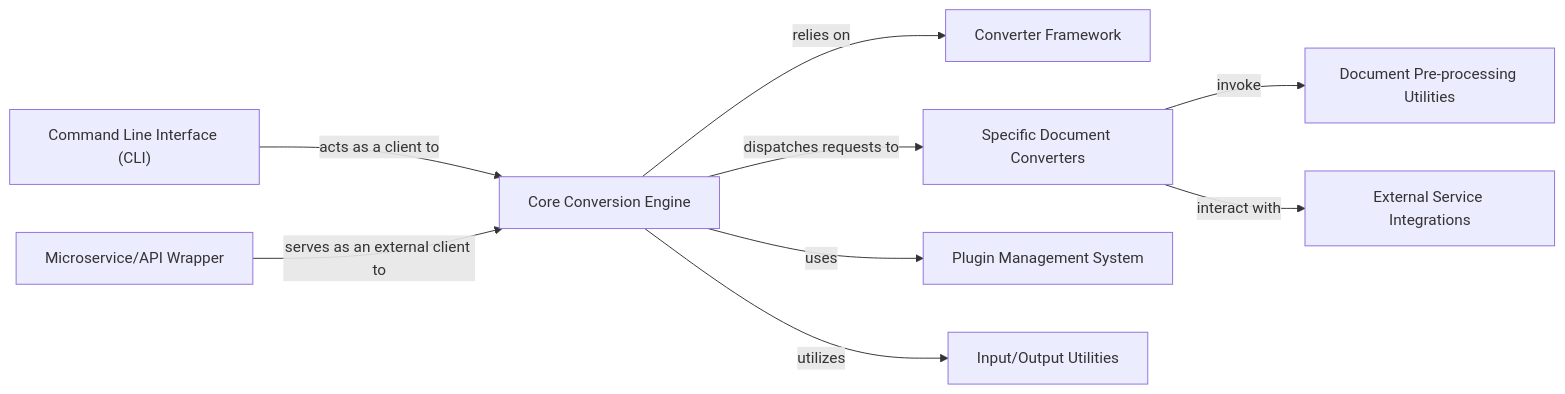
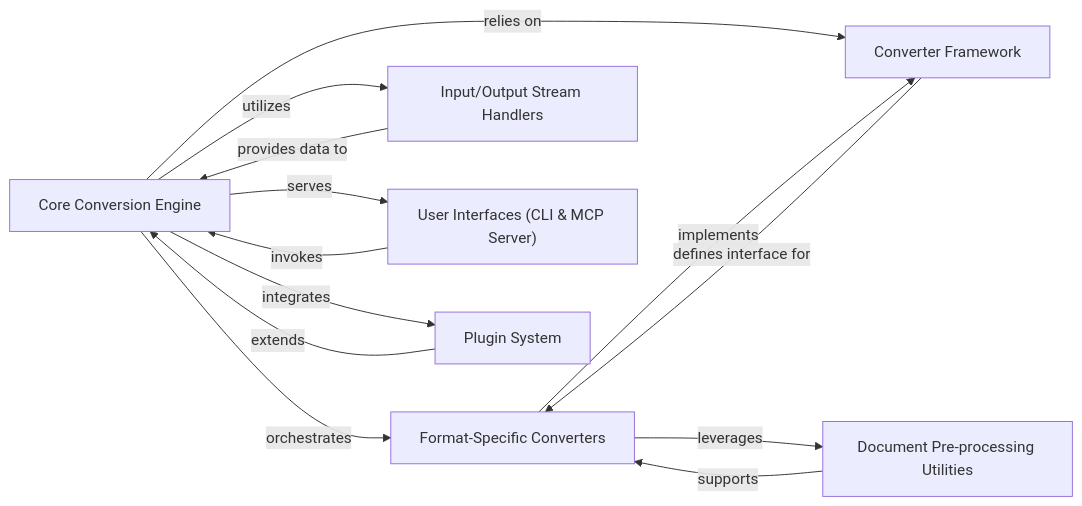
Before and after one commit to CodeBoarding/GeneratedOnBoardings: the diagram in markitdown/on_boarding.md, drawn with Mermaid. The commit also changed other lines of this file and 7 other files, not shown here.

````diff
--- a/markitdown/on_boarding.md
+++ b/markitdown/on_boarding.md
@@ -1,27 +1,22 @@
 ```mermaid
 graph LR
     Core_Conversion_Engine["Core Conversion Engine"]
     Converter_Framework["Converter Framework"]
-    Specific_Document_Converters["Specific Document Converters"]
+    Format_Specific_Converters["Format-Specific Converters"]
+    Input_Output_Stream_Handlers["Input/Output Stream Handlers"]
+    User_Interfaces_CLI_MCP_Server_["User Interfaces (CLI & MCP Server)"]
+    Plugin_System["Plugin System"]
     Document_Pre_processing_Utilities["Document Pre-processing Utilities"]
-    Plugin_Management_System["Plugin Management System"]
-    External_Service_Integrations["External Service Integrations"]
-    Input_Output_Utilities["Input/Output Utilities"]
-    Command_Line_Interface_CLI_["Command Line Interface (CLI)"]
-    Microservice_API_Wrapper["Microservice/API Wrapper"]
+    Core_Conversion_Engine -- "orchestrates" --> Format_Specific_Converters
+    Core_Conversion_Engine -- "utilizes" --> Input_Output_Stream_Handlers
+    Core_Conversion_Engine -- "integrates" --> Plugin_System
+    Core_Conversion_Engine -- "serves" --> User_Interfaces_CLI_MCP_Server_
     Core_Conversion_Engine -- "relies on" --> Converter_Framework
-    Core_Conversion_Engine -- "dispatches requests to" --> Specific_Document_Converters
-    Core_Conversion_Engine -- "uses" --> Plugin_Management_System
-    Core_Conversion_Engine -- "utilizes" --> Input_Output_Utilities
-    Specific_Document_Converters -- "invoke" --> Document_Pre_processing_Utilities
-    Specific_Document_Converters -- "interact with" --> External_Service_Integrations
-    Command_Line_Interface_CLI_ -- "acts as a client to" --> Core_Conversion_Engine
-    Microservice_API_Wrapper -- "serves as an external client to" --> Core_Conversion_Engine
-    click Core_Conversion_Engine href "https://github.com/CodeBoarding/GeneratedOnBoardings/blob/main/markitdown/Core_Conversion_Engine.md" "Details"
-    click Converter_Framework href "https://github.com/CodeBoarding/GeneratedOnBoardings/blob/main/markitdown/Converter_Framework.md" "Details"
-    click Specific_Document_Converters href "https://github.com/CodeBoarding/GeneratedOnBoardings/blob/main/markitdown/Specific_Document_Converters.md" "Details"
-    click Document_Pre_processing_Utilities href "https://github.com/CodeBoarding/GeneratedOnBoardings/blob/main/markitdown/Document_Pre_processing_Utilities.md" "Details"
-    click Plugin_Management_System href "https://github.com/CodeBoarding/GeneratedOnBoardings/blob/main/markitdown/Plugin_Management_System.md" "Details"
-    click Command_Line_Interface_CLI_ href "https://github.com/CodeBoarding/GeneratedOnBoardings/blob/main/markitdown/Command_Line_Interface_CLI_.md" "Details"
-    click Microservice_API_Wrapper href "https://github.com/CodeBoarding/GeneratedOnBoardings/blob/main/markitdown/Microservice_API_Wrapper.md" "Details"
+    Converter_Framework -- "defines interface for" --> Format_Specific_Converters
+    Format_Specific_Converters -- "implements" --> Converter_Framework
+    Format_Specific_Converters -- "leverages" --> Document_Pre_processing_Utilities
+    Input_Output_Stream_Handlers -- "provides data to" --> Core_Conversion_Engine
+    User_Interfaces_CLI_MCP_Server_ -- "invokes" --> Core_Conversion_Engine
+    Plugin_System -- "extends" --> Core_Conversion_Engine
+    Document_Pre_processing_Utilities -- "supports" --> Format_Specific_Converters
 ```
````
